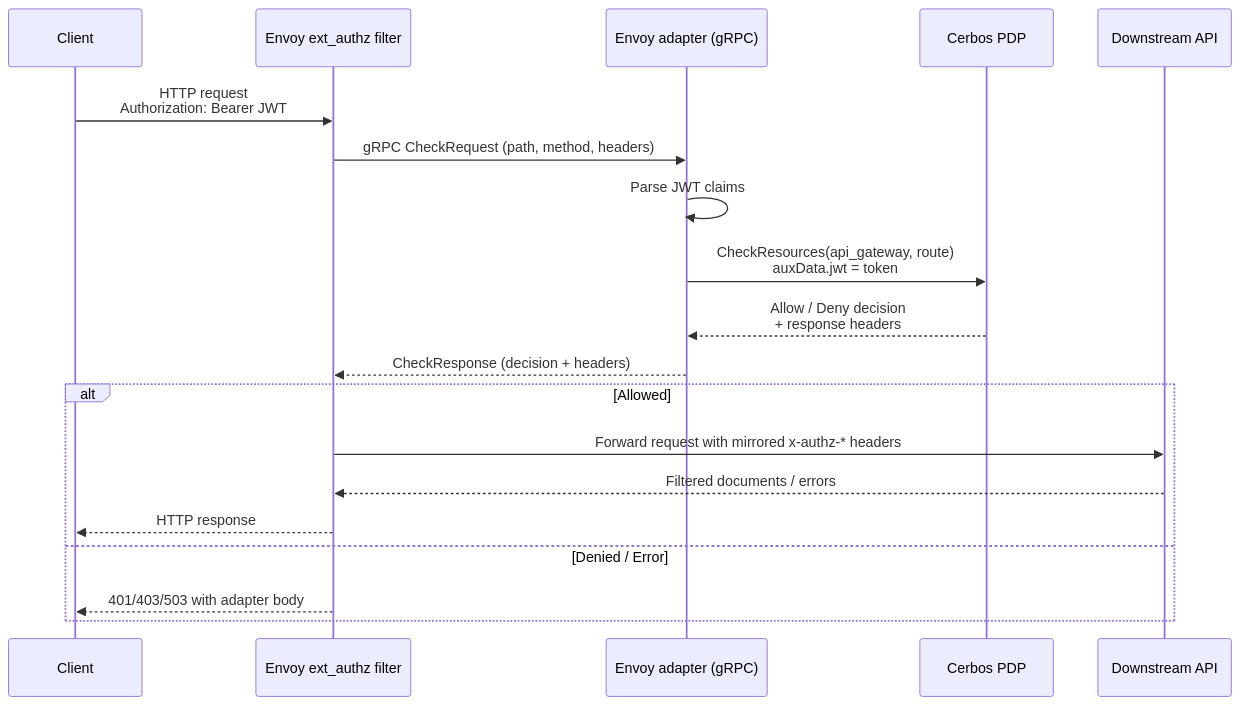
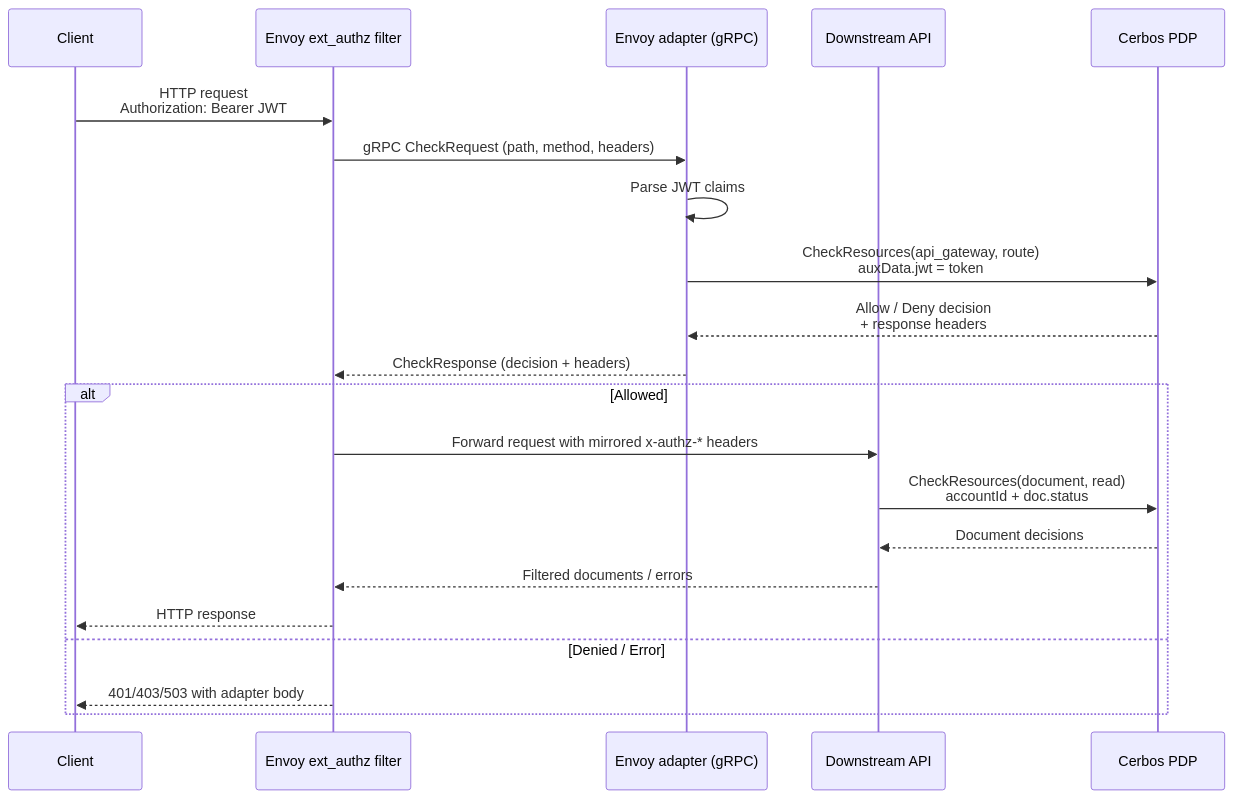
The diagram in README.md (alexolivier/cerbos-envoy-example-with-claim), drawn with Mermaid before and after one commit. The commit also changed other lines of this file, not shown here.

````diff
--- a/README.md
+++ b/README.md
@@ -11,22 +11,24 @@
 ```mermaid
 sequenceDiagram
     participant Client
     participant Envoy as Envoy ext_authz filter
     participant Adapter as Envoy adapter (gRPC)
+    participant API as Downstream API
     participant Cerbos as Cerbos PDP
-    participant API as Downstream API
 
     Client->>Envoy: HTTP request<br/>Authorization: Bearer JWT
     Envoy->>Adapter: gRPC CheckRequest (path, method, headers)
     Adapter->>Adapter: Parse JWT claims
     Adapter->>Cerbos: CheckResources(api_gateway, route)<br/>auxData.jwt = token
     Cerbos-->>Adapter: Allow / Deny decision<br/>+ response headers
     Adapter-->>Envoy: CheckResponse (decision + headers)
     alt Allowed
         Envoy->>API: Forward request with mirrored x-authz-* headers
+        API->>Cerbos: CheckResources(document, read)<br/>accountId + doc.status
+        Cerbos-->>API: Document decisions
         API-->>Envoy: Filtered documents / errors
         Envoy-->>Client: HTTP response
     else Denied / Error
         Envoy-->>Client: 401/403/503 with adapter body
     end
 ```
````
